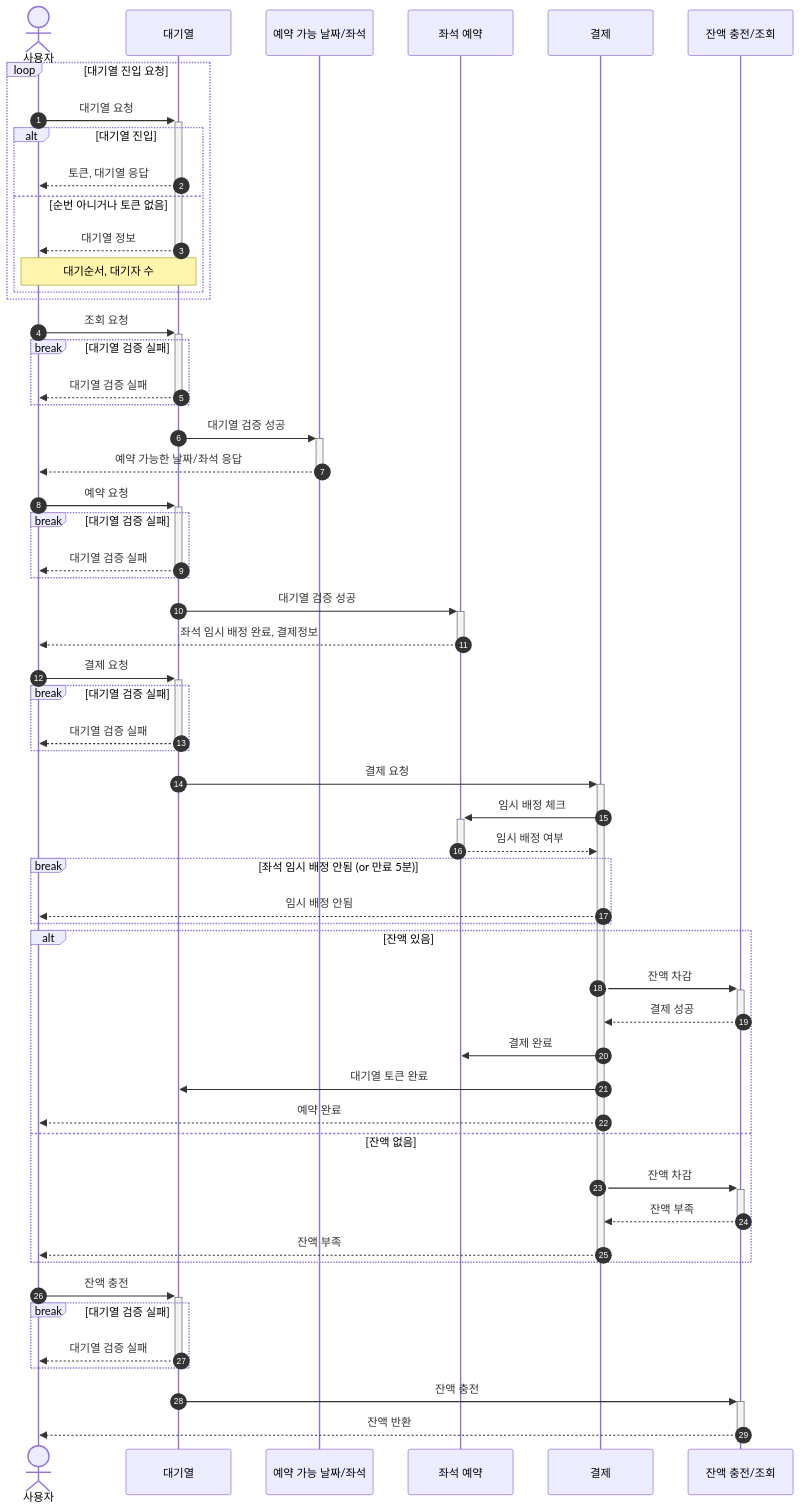
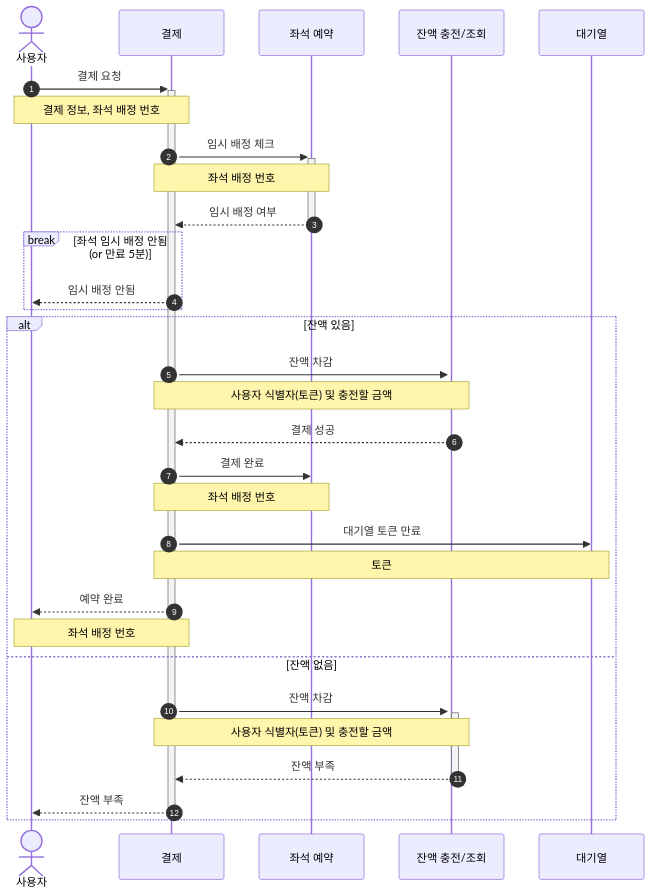
The sixth of 6 diagrams in README.md (kdelay/Concert-Booking), drawn with Mermaid before and after one commit. The commit also changed other lines of this file and 1 other file, not shown here.

First line of the commit message:
docs: sequence diagram 수정

````diff
--- a/README.md
+++ b/README.md
@@ -66,56 +122,29 @@
 ```mermaid
 sequenceDiagram
     autonumber
     actor 사용자
-    loop 대기열 진입 요청
-        사용자 ->>+ 대기열: 대기열 요청
-        alt 대기열 진입
-            대기열 -->> 사용자: 토큰, 대기열 응답
-        else 순번 아니거나 토큰 없음
-            대기열 -->>- 사용자: 대기열 정보
-            Note over 사용자, 대기열: 대기순서, 대기자 수
-        end
-    end
-    사용자 ->>+ 대기열: 조회 요청
-    break 대기열 검증 실패
-        대기열 -->>- 사용자: 대기열 검증 실패
-    end
-    대기열 ->>+ 예약 가능 날짜/좌석: 대기열 검증 성공
-    예약 가능 날짜/좌석 -->>- 사용자: 예약 가능한 날짜/좌석 응답
-    사용자 ->>+ 대기열: 예약 요청
-    break 대기열 검증 실패
-        대기열 -->>- 사용자: 대기열 검증 실패
-    end
-    대기열 ->>+ 좌석 예약: 대기열 검증 성공
-    좌석 예약 -->>- 사용자: 좌석 임시 배정 완료, 결제정보
-
-    %% 결제
-    사용자 ->>+ 대기열: 결제 요청
-    break 대기열 검증 실패
-        대기열 -->>- 사용자: 대기열 검증 실패
-    end
-    대기열 ->>+ 결제: 결제 요청
-    
+    사용자 ->>+ 결제: 결제 요청
+    Note over 사용자, 결제: 결제 정보, 좌석 배정 번호
     결제 ->>+ 좌석 예약: 임시 배정 체크
+  Note over 결제, 좌석 예약: 좌석 배정 번호
     좌석 예약 -->>- 결제: 임시 배정 여부
     break 좌석 임시 배정 안됨 (or 만료 5분)
         결제 -->> 사용자: 임시 배정 안됨
     end
     alt 잔액 있음
         결제 ->>+ 잔액 충전/조회: 잔액 차감
-        잔액 충전/조회 -->>- 결제: 결제 성공
+        Note over 결제, 잔액 충전/조회: 사용자 식별자(토큰) 및 충전할 금액
+        잔액 충전/조회 -->> 결제: 결제 성공
         결제 ->> 좌석 예약: 결제 완료
-        결제 ->> 대기열: 대기열 토큰 완료
+        Note over 결제, 좌석 예약: 좌석 배정 번호
+        결제 ->> 대기열: 대기열 토큰 만료
+        Note over 결제, 대기열: 토큰
         결제 -->> 사용자: 예약 완료
+        Note over 사용자, 결제: 좌석 배정 번호
     else 잔액 없음
         결제 ->>+ 잔액 충전/조회: 잔액 차감
+        Note over 결제, 잔액 충전/조회: 사용자 식별자(토큰) 및 충전할 금액
         잔액 충전/조회 -->>- 결제: 잔액 부족
         결제 -->>- 사용자: 잔액 부족
     end
-    사용자 ->>+ 대기열: 잔액 충전
-    break 대기열 검증 실패
-        대기열 -->>- 사용자: 대기열 검증 실패
-    end
-    대기열 ->>+ 잔액 충전/조회: 잔액 충전
-    잔액 충전/조회 -->>- 사용자: 잔액 반환
 ```
````
